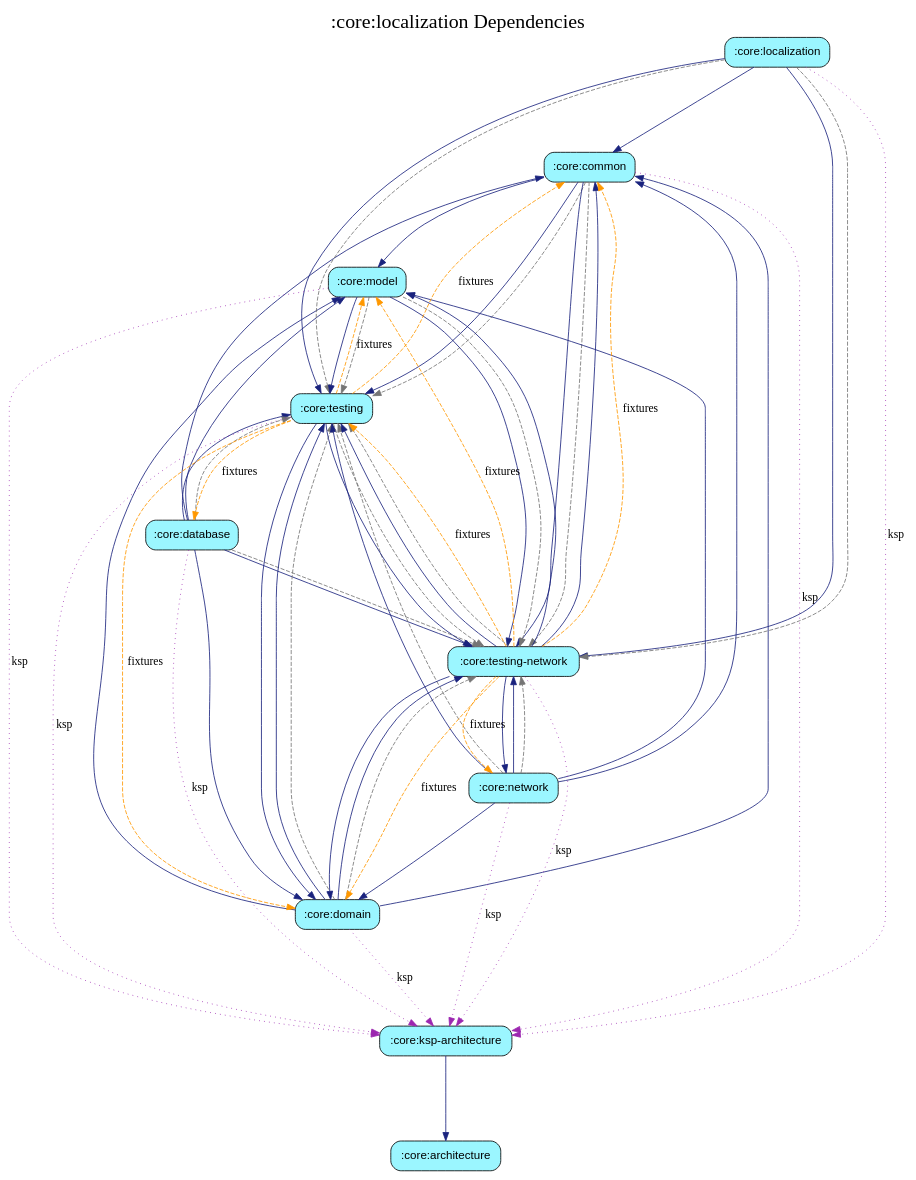
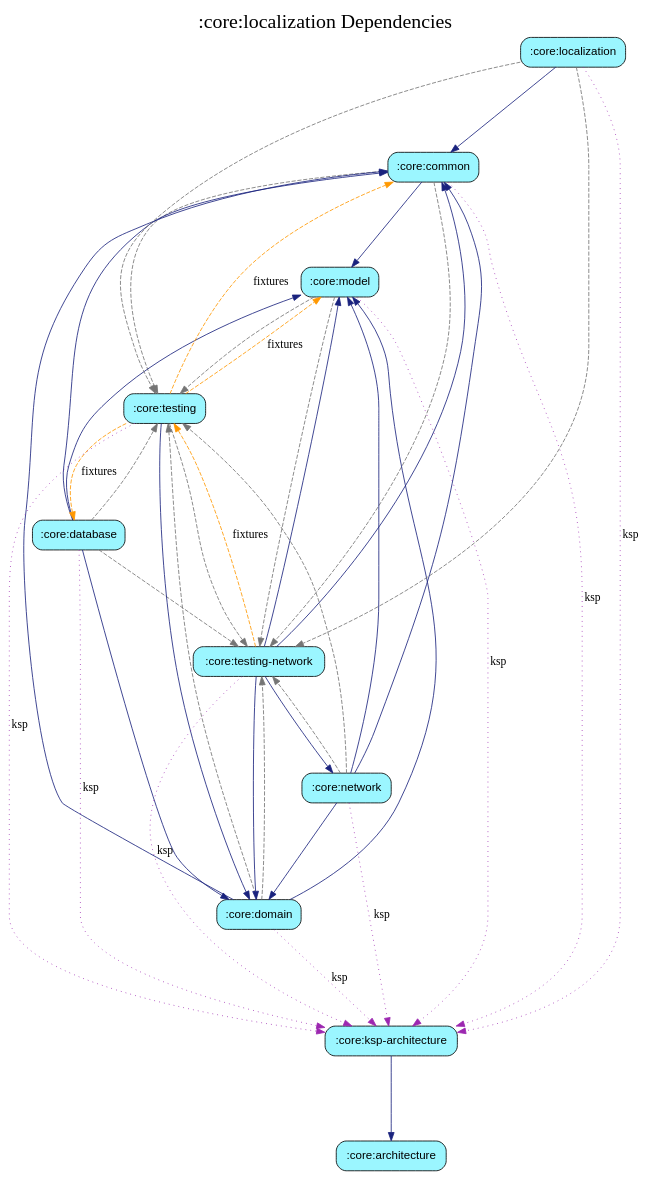
Before and after one commit to harrykibet/RealEstateApp-Android: the diagram in core/localization/module_graph.gv, drawn with Graphviz. The commit also changed 83 other files, not shown here.

```diff
--- a/core/localization/module_graph.gv
+++ b/core/localization/module_graph.gv
@@ -1,75 +1,55 @@
 digraph {
   graph [label=":core:localization Dependencies", labelloc=t, fontsize=24, ranksep=1.4];
-  node [style="rounded,filled", fontname="sans-serif", shape=box];
+  node [style=filled, fillcolor="#bbdefb", fontname="sans-serif", shape=box, style="rounded,filled"];
   ":core:architecture" [fillcolor="#9BF6FF"];
   ":core:common" [fillcolor="#9BF6FF"];
   ":core:database" [fillcolor="#9BF6FF"];
   ":core:domain" [fillcolor="#9BF6FF"];
   ":core:ksp-architecture" [fillcolor="#9BF6FF"];
   ":core:localization" [fillcolor="#9BF6FF"];
   ":core:model" [fillcolor="#9BF6FF"];
   ":core:network" [fillcolor="#9BF6FF"];
   ":core:testing" [fillcolor="#9BF6FF"];
   ":core:testing-network" [fillcolor="#9BF6FF"];
   ":core:common" -> ":core:ksp-architecture" [color="#9C27B0", style=dotted, label="ksp"]
   ":core:common" -> ":core:model" [color="#1A237E", style=solid]
-  ":core:common" -> ":core:testing" [color="#1A237E", style=solid]
   ":core:common" -> ":core:testing" [color="#757575", style=dashed]
-  ":core:common" -> ":core:testing-network" [color="#1A237E", style=solid]
   ":core:common" -> ":core:testing-network" [color="#757575", style=dashed]
   ":core:database" -> ":core:common" [color="#1A237E", style=solid]
   ":core:database" -> ":core:domain" [color="#1A237E", style=solid]
   ":core:database" -> ":core:ksp-architecture" [color="#9C27B0", style=dotted, label="ksp"]
   ":core:database" -> ":core:model" [color="#1A237E", style=solid]
-  ":core:database" -> ":core:testing" [color="#1A237E", style=solid]
   ":core:database" -> ":core:testing" [color="#757575", style=dashed]
-  ":core:database" -> ":core:testing-network" [color="#1A237E", style=solid]
   ":core:database" -> ":core:testing-network" [color="#757575", style=dashed]
   ":core:domain" -> ":core:common" [color="#1A237E", style=solid]
   ":core:domain" -> ":core:ksp-architecture" [color="#9C27B0", style=dotted, label="ksp"]
   ":core:domain" -> ":core:model" [color="#1A237E", style=solid]
-  ":core:domain" -> ":core:testing" [color="#1A237E", style=solid]
   ":core:domain" -> ":core:testing" [color="#757575", style=dashed]
-  ":core:domain" -> ":core:testing-network" [color="#1A237E", style=solid]
   ":core:domain" -> ":core:testing-network" [color="#757575", style=dashed]
   ":core:ksp-architecture" -> ":core:architecture" [color="#1A237E", style=solid]
   ":core:localization" -> ":core:common" [color="#1A237E", style=solid]
   ":core:localization" -> ":core:ksp-architecture" [color="#9C27B0", style=dotted, label="ksp"]
-  ":core:localization" -> ":core:testing" [color="#1A237E", style=solid]
   ":core:localization" -> ":core:testing" [color="#757575", style=dashed]
-  ":core:localization" -> ":core:testing-network" [color="#1A237E", style=solid]
   ":core:localization" -> ":core:testing-network" [color="#757575", style=dashed]
   ":core:model" -> ":core:ksp-architecture" [color="#9C27B0", style=dotted, label="ksp"]
-  ":core:model" -> ":core:testing" [color="#1A237E", style=solid]
   ":core:model" -> ":core:testing" [color="#757575", style=dashed]
-  ":core:model" -> ":core:testing-network" [color="#1A237E", style=solid]
   ":core:model" -> ":core:testing-network" [color="#757575", style=dashed]
   ":core:network" -> ":core:common" [color="#1A237E", style=solid]
   ":core:network" -> ":core:domain" [color="#1A237E", style=solid]
   ":core:network" -> ":core:ksp-architecture" [color="#9C27B0", style=dotted, label="ksp"]
   ":core:network" -> ":core:model" [color="#1A237E", style=solid]
-  ":core:network" -> ":core:testing" [color="#1A237E", style=solid]
   ":core:network" -> ":core:testing" [color="#757575", style=dashed]
-  ":core:network" -> ":core:testing-network" [color="#1A237E", style=solid]
   ":core:network" -> ":core:testing-network" [color="#757575", style=dashed]
   ":core:testing" -> ":core:common" [color="#FF9800", style=dashed, label="fixtures"]
   ":core:testing" -> ":core:database" [color="#FF9800", style=dashed, label="fixtures"]
   ":core:testing" -> ":core:domain" [color="#1A237E", style=solid]
-  ":core:testing" -> ":core:domain" [color="#FF9800", style=dashed, label="fixtures"]
   ":core:testing" -> ":core:ksp-architecture" [color="#9C27B0", style=dotted, label="ksp"]
   ":core:testing" -> ":core:model" [color="#FF9800", style=dashed, label="fixtures"]
-  ":core:testing" -> ":core:testing-network" [color="#1A237E", style=solid]
   ":core:testing" -> ":core:testing-network" [color="#757575", style=dashed]
   ":core:testing-network" -> ":core:common" [color="#1A237E", style=solid]
-  ":core:testing-network" -> ":core:common" [color="#FF9800", style=dashed, label="fixtures"]
   ":core:testing-network" -> ":core:domain" [color="#1A237E", style=solid]
-  ":core:testing-network" -> ":core:domain" [color="#FF9800", style=dashed, label="fixtures"]
   ":core:testing-network" -> ":core:ksp-architecture" [color="#9C27B0", style=dotted, label="ksp"]
   ":core:testing-network" -> ":core:model" [color="#1A237E", style=solid]
-  ":core:testing-network" -> ":core:model" [color="#FF9800", style=dashed, label="fixtures"]
   ":core:testing-network" -> ":core:network" [color="#1A237E", style=solid]
-  ":core:testing-network" -> ":core:network" [color="#FF9800", style=dashed, label="fixtures"]
-  ":core:testing-network" -> ":core:testing" [color="#1A237E", style=solid]
-  ":core:testing-network" -> ":core:testing" [color="#757575", style=dashed]
   ":core:testing-network" -> ":core:testing" [color="#FF9800", style=dashed, label="fixtures"]
 }
```
